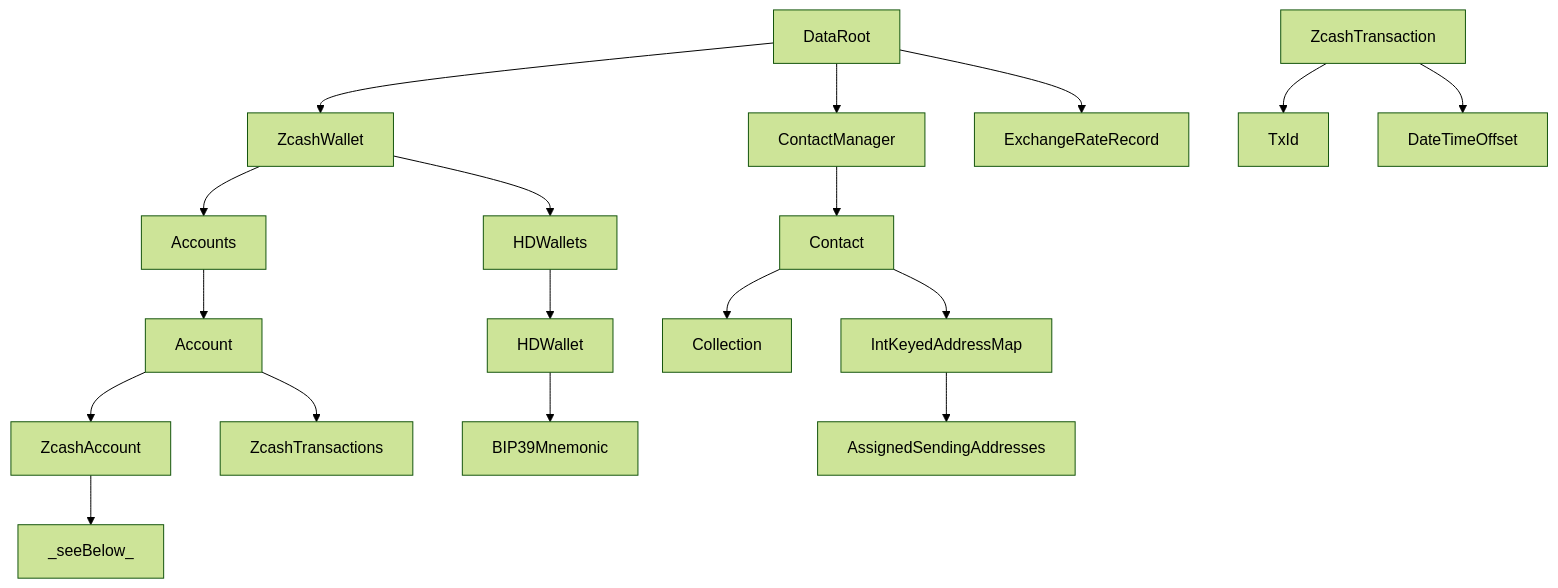
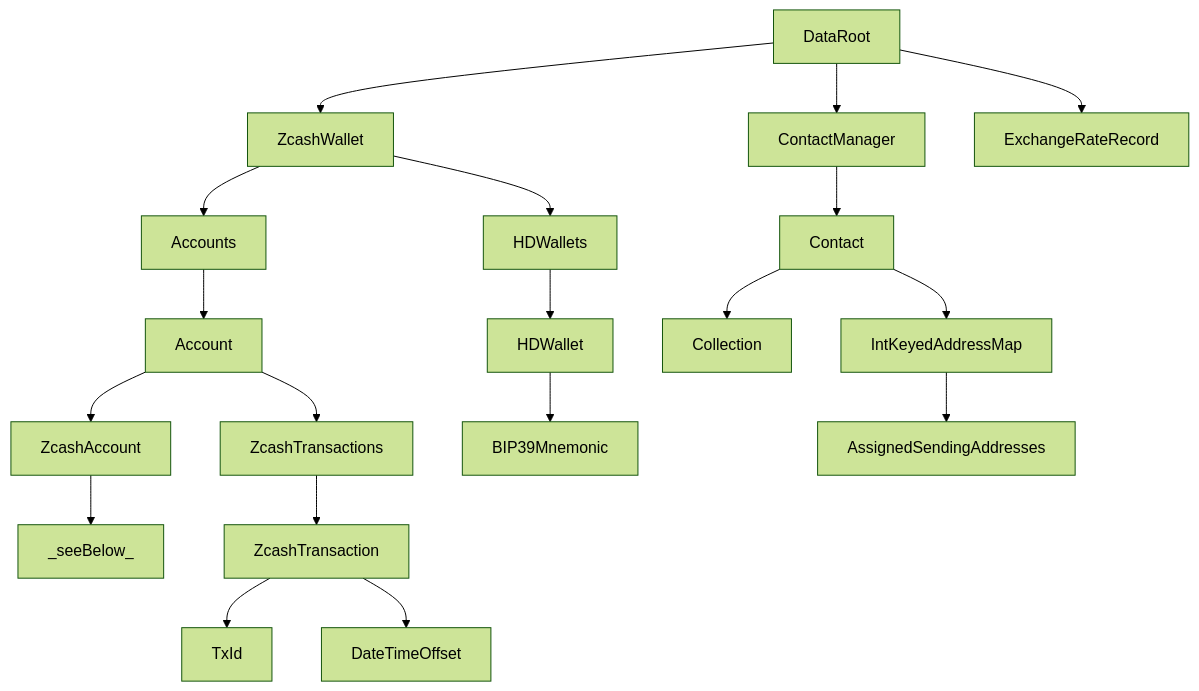
One commit to zingolabs/zcash-wallet-formats changed the first of 2 diagrams in ezcash/README.md. Above: the diagram before and after it, drawn with Mermaid (forest theme).

````diff
--- a/ezcash/README.md
+++ b/ezcash/README.md
@@ -51,29 +51,31 @@
 ```mermaid
 flowchart TB
 DataRoot --> ZcashWallet
 DataRoot --> ContactManager
 DataRoot --> ExchangeRateRecord
 
 ZcashWallet --> HDWallets
 ZcashWallet --> Accounts
 
 Accounts --> Account
 HDWallets --> HDWallet
 
 Account --> ZcashAccount
 Account --> ZcashTransactions
 
 ZcashAccount --> _seeBelow_
+
+ZcashTransactions --> ZcashTransaction
 ZcashTransaction --> TxId
 ZcashTransaction --> DateTimeOffset
 
 HDWallet --> BIP39Mnemonic
 
 ContactManager --> Contact
 
 Contact --> Collection
 Contact --> IntKeyedAddressMap
 
 IntKeyedAddressMap --> AssignedSendingAddresses
 
 ```
````
